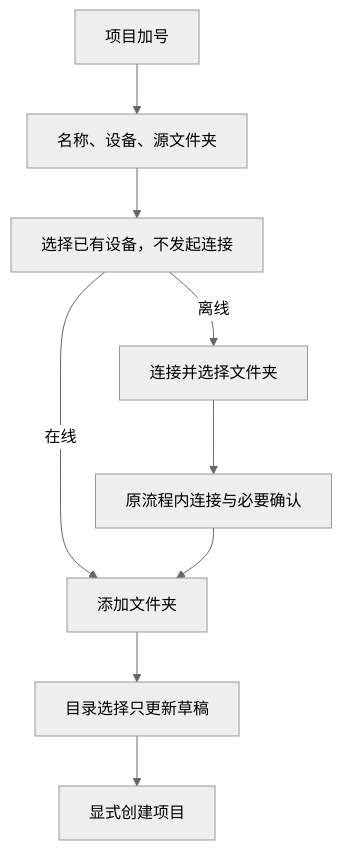
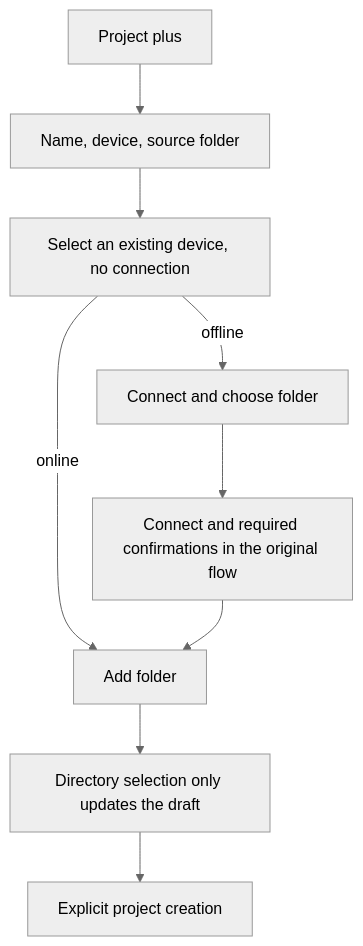
Before and after one commit to osben/ZCode: the diagram in docs/issues/remote-connection-ux/18-direct-project-creation-and-device-selection.md, drawn with Mermaid (neutral theme). The commit also changed other lines of this file and 30 other files, not shown here.

````diff
--- a/docs/issues/remote-connection-ux/18-direct-project-creation-and-device-selection.md
+++ b/docs/issues/remote-connection-ux/18-direct-project-creation-and-device-selection.md
@@ -13,11 +13,11 @@
 ```mermaid
 flowchart TD
-    A[项目加号] --> B[名称、设备、源文件夹]
-    B --> C[选择已有设备，不发起连接]
-    C -- 在线 --> D[添加文件夹]
-    C -- 离线 --> E[连接并选择文件夹]
-    E --> F[原流程内连接与必要确认]
+    A[Project plus] --> B[Name, device, source folder]
+    B --> C[Select an existing device, no connection]
+    C -- online --> D[Add folder]
+    C -- offline --> E[Connect and choose folder]
+    E --> F[Connect and required confirmations in the original flow]
     F --> D
-    D --> G[目录选择只更新草稿]
-    G --> H[显式创建项目]
+    D --> G[Directory selection only updates the draft]
+    G --> H[Explicit project creation]
 ```
````
